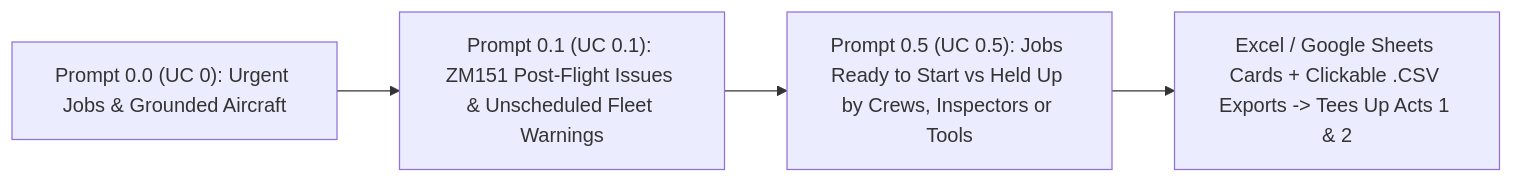
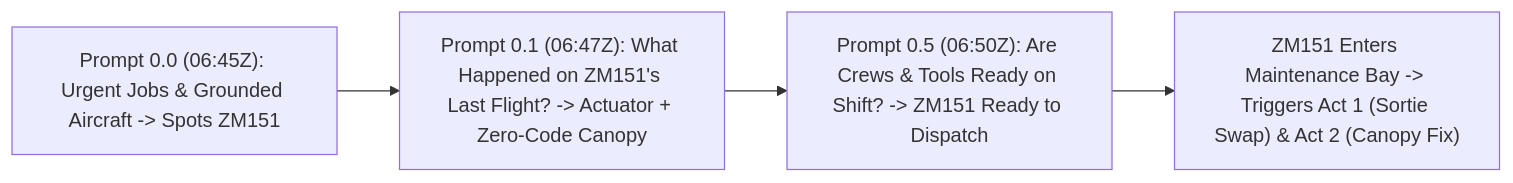
One commit to edwardsda-prog/f35 changed the second of 4 diagrams in DEMO_STORYBOARD.md. Above: the diagram before and after it, drawn with Mermaid. The commit also changed other lines of this file and 17 other files, not shown here.

Commit message:
fix: update carrier strike group pitch, add HMS Prince of Wales data, and streamline UC1 chart prompt (ISS-012)

````diff
--- a/DEMO_STORYBOARD.md
+++ b/DEMO_STORYBOARD.md
@@ -51,6 +51,6 @@
 ```mermaid
 flowchart LR
-    U0["Prompt 0.0 (UC 0): Urgent Jobs & Grounded Aircraft"] --> U01["Prompt 0.1 (UC 0.1): ZM151 Post-Flight Issues & Unscheduled Fleet Warnings"]
-    U01 --> U05["Prompt 0.5 (UC 0.5): Jobs Ready to Start vs Held Up by Crews, Inspectors or Tools"]
-    U05 --> E0["Excel / Google Sheets Cards + Clickable .CSV Exports -> Tees Up Acts 1 & 2"]
+    U0["Prompt 0.0 (06:45Z): Urgent Jobs & Grounded Aircraft -> Spots ZM151"] --> U01["Prompt 0.1 (06:47Z): What Happened on ZM151's Last Flight? -> Actuator + Zero-Code Canopy"]
+    U01 --> U05["Prompt 0.5 (06:50Z): Are Crews & Tools Ready on Shift? -> ZM151 Ready to Dispatch"]
+    U05 --> E0["ZM151 Enters Maintenance Bay -> Triggers Act 1 (Sortie Swap) & Act 2 (Canopy Fix)"]
 ```
````
